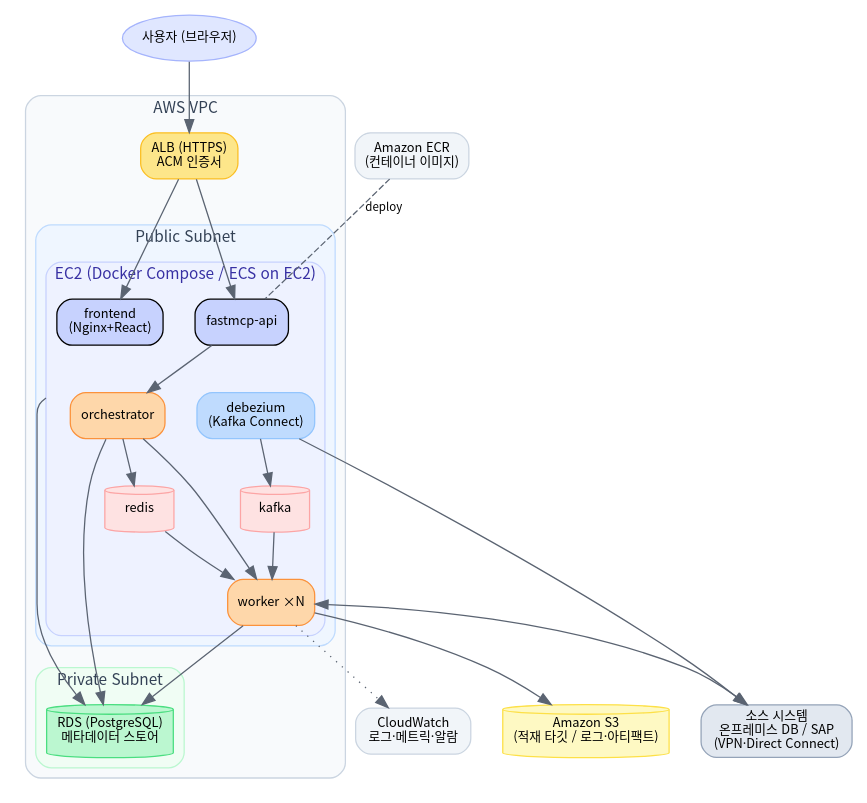
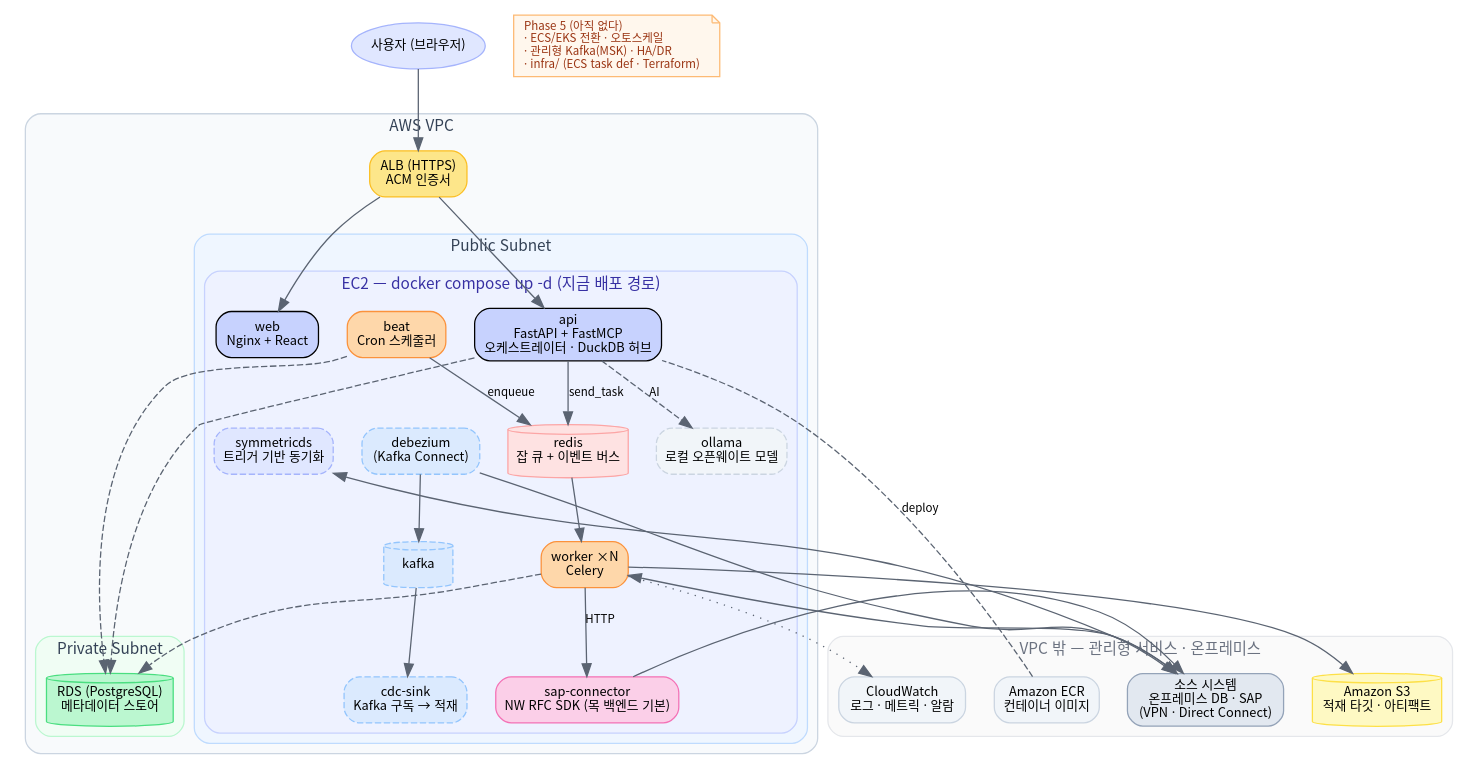
Before and after one commit to SurvivorsStudio/ditter: the diagram in docs/diagrams/d4_aws.dot, drawn with Graphviz. The commit also changed 12 other files, not shown here.

```diff
--- a/docs/diagrams/d4_aws.dot
+++ b/docs/diagrams/d4_aws.dot
@@ -1,47 +1,92 @@
+// AWS 배포 — **지금 있는 경로**와 **Phase 5 로 미뤄 둔 것**을 갈라 그린다.
+//
+// 지금 배포 경로는 루트 docker-compose.yml 하나다. `infra/`(ECS task def · Terraform)는
+// 저장소에 없다 — 예전 그림이 "ECS on EC2"를 적어 두어 있는 것처럼 읽혔다.
+//
+// 컨테이너 목록은 docker-compose.yml 을 따른다. 예전 그림은 `orchestrator` 를 별도
+// 컨테이너로 그렸는데 그런 컨테이너는 없다 — 오케스트레이터는 별도 프로세스가 아니라
+// api·beat 가 같은 코드(services/run_service.py)를 돈다. 빠져 있던 beat · sap-connector ·
+// cdc-sink 도 넣는다.
+//
+// beat 에서 api 로 화살표를 긋지 않는다. beat 는 api 를 부르지 않는다 — 메타DB 에서 cron 을
+// 읽어 Run 을 만들고 Redis 에 직접 넣는다 (eai_worker/scheduler.py, compose 의 beat 는
+// depends_on 도 postgres · redis 뿐이다). 컨테이너 그림의 화살표는 네트워크 호출 주장이다.
+//
+// 프로필로 갈린 것(--profile cdc / sync / ai)은 점선 테두리로 구분한다. 기본 기동에는 뜨지 않는다.
+//
+// 다시 그리기: docs/diagrams/README.md
+
 digraph G {
-  rankdir=TB; bgcolor="white";
-  node [fontname="Noto Sans CJK KR", fontsize=10, shape=box, style="rounded,filled"];
-  edge [fontname="Noto Sans CJK KR", fontsize=9, color="#5b6472"];
-  graph [fontname="Noto Sans CJK KR", fontsize=12, nodesep=0.35, ranksep=0.5, compound=true];
+  rankdir=TB; bgcolor="white"; compound=true; newrank=true;
+  node [fontname="Noto Sans CJK KR,Apple SD Gothic Neo", fontsize=10, shape=box, style="rounded,filled"];
+  edge [fontname="Noto Sans CJK KR,Apple SD Gothic Neo", fontsize=9, color="#5b6472"];
+  graph [fontname="Noto Sans CJK KR,Apple SD Gothic Neo", fontsize=12, nodesep=0.3, ranksep=0.55];
 
   user [label="사용자 (브라우저)", shape=ellipse, fillcolor="#e0e7ff", color="#a5b4fc"];
 
   subgraph cluster_vpc {
-    label="AWS VPC"; style="rounded,filled"; fillcolor="#f8fafc"; color="#cbd5e1"; fontcolor="#334155"; fontname="Noto Sans CJK KR";
+    label="AWS VPC"; style="rounded,filled"; fillcolor="#f8fafc"; color="#cbd5e1"; fontcolor="#334155"; fontname="Noto Sans CJK KR,Apple SD Gothic Neo";
 
     alb [label="ALB (HTTPS)\nACM 인증서", fillcolor="#fde68a", color="#fbbf24"];
 
     subgraph cluster_pub {
-      label="Public Subnet"; style="rounded,filled"; fillcolor="#eff6ff"; color="#bfdbfe"; fontname="Noto Sans CJK KR";
+      label="Public Subnet"; style="rounded,filled"; fillcolor="#eff6ff"; color="#bfdbfe"; fontname="Noto Sans CJK KR,Apple SD Gothic Neo";
 
       subgraph cluster_ec2 {
-        label="EC2 (Docker Compose / ECS on EC2)"; style="rounded,filled"; fillcolor="#eef2ff"; color="#c7d2fe"; fontcolor="#3730a3"; fontname="Noto Sans CJK KR";
-        c_fe [label="frontend\n(Nginx+React)", fillcolor="#c7d2fe"];
-        c_api [label="fastmcp-api", fillcolor="#c7d2fe"];
-        c_orch [label="orchestrator", fillcolor="#fed7aa", color="#fb923c"];
-        c_wk [label="worker ×N", fillcolor="#fed7aa", color="#fb923c"];
-        c_dbz [label="debezium\n(Kafka Connect)", fillcolor="#bfdbfe", color="#93c5fd"];
-        c_redis [label="redis", shape=cylinder, fillcolor="#fee2e2", color="#fca5a5"];
-        c_kafka [label="kafka", shape=cylinder, fillcolor="#fee2e2", color="#fca5a5"];
+        label="EC2 — docker compose up -d (지금 배포 경로)"; style="rounded,filled"; fillcolor="#eef2ff"; color="#c7d2fe"; fontcolor="#3730a3"; fontname="Noto Sans CJK KR,Apple SD Gothic Neo";
+        c_web  [label="web\nNginx + React", fillcolor="#c7d2fe"];
+        c_api  [label="api\nFastAPI + FastMCP\n오케스트레이터 · DuckDB 허브", fillcolor="#c7d2fe"];
+        c_beat [label="beat\nCron 스케줄러", fillcolor="#fed7aa", color="#fb923c"];
+        c_wk   [label="worker ×N\nCelery", fillcolor="#fed7aa", color="#fb923c"];
+        c_sap  [label="sap-connector\nNW RFC SDK (목 백엔드 기본)", fillcolor="#fbcfe8", color="#f472b6"];
+        c_redis[label="redis\n잡 큐 + 이벤트 버스", shape=cylinder, fillcolor="#fee2e2", color="#fca5a5"];
+
+        c_dbz  [label="debezium\n(Kafka Connect)", fillcolor="#dbeafe", color="#93c5fd", style="rounded,filled,dashed"];
+        c_kafka[label="kafka", shape=cylinder, fillcolor="#dbeafe", color="#93c5fd", style="filled,dashed"];
+        c_sink [label="cdc-sink\nKafka 구독 → 적재", fillcolor="#dbeafe", color="#93c5fd", style="rounded,filled,dashed"];
+        c_sym  [label="symmetricds\n트리거 기반 동기화", fillcolor="#e0e7ff", color="#a5b4fc", style="rounded,filled,dashed"];
+        c_ol   [label="ollama\n로컬 오픈웨이트 모델", fillcolor="#f1f5f9", color="#cbd5e1", style="rounded,filled,dashed"];
       }
     }
 
     subgraph cluster_priv {
-      label="Private Subnet"; style="rounded,filled"; fillcolor="#f0fdf4"; color="#bbf7d0"; fontname="Noto Sans CJK KR";
+      label="Private Subnet"; style="rounded,filled"; fillcolor="#f0fdf4"; color="#bbf7d0"; fontname="Noto Sans CJK KR,Apple SD Gothic Neo";
       rds [label="RDS (PostgreSQL)\n메타데이터 스토어", shape=cylinder, fillcolor="#bbf7d0", color="#4ade80"];
     }
   }
 
-  s3 [label="Amazon S3\n(적재 타깃 / 로그·아티팩트)", shape=cylinder, fillcolor="#fef9c3", color="#fde047"];
-   src [label="소스 시스템\n온프레미스 DB / SAP\n(VPN·Direct Connect)", fillcolor="#e2e8f0", color="#94a3b8"];
-  ecr [label="Amazon ECR\n(컨테이너 이미지)", fillcolor="#f1f5f9", color="#cbd5e1"];
-  cw [label="CloudWatch\n로그·메트릭·알람", fillcolor="#f1f5f9", color="#cbd5e1"];
+  subgraph cluster_ext {
+    label="VPC 밖 — 관리형 서비스 · 온프레미스"; style="rounded,filled"; fillcolor="#fafafa"; color="#e5e7eb"; fontcolor="#6b7280"; fontname="Noto Sans CJK KR,Apple SD Gothic Neo";
+    s3  [label="Amazon S3\n적재 타깃 · 아티팩트", shape=cylinder, fillcolor="#fef9c3", color="#fde047"];
+    src [label="소스 시스템\n온프레미스 DB · SAP\n(VPN · Direct Connect)", fillcolor="#e2e8f0", color="#94a3b8"];
+    ecr [label="Amazon ECR\n컨테이너 이미지", fillcolor="#f1f5f9", color="#cbd5e1"];
+    cw  [label="CloudWatch\n로그 · 메트릭 · 알람", fillcolor="#f1f5f9", color="#cbd5e1"];
+    { rank=same; s3; src; ecr; cw; }
+  }
 
-  user -> alb -> c_fe; alb -> c_api;
-  c_api -> c_orch -> c_redis; c_orch -> c_wk; c_redis -> c_wk;
-  c_dbz -> c_kafka -> c_wk;
-  c_api -> rds [ltail=cluster_ec2]; c_orch -> rds; c_wk -> rds;
-  c_wk -> s3; c_wk -> src [dir=both]; c_dbz -> src;
-  ecr -> c_api [style=dashed, arrowhead=none, label="deploy"];
-  c_wk -> cw [style=dotted];
+  phase5 [shape=note, style=filled, fillcolor="#fff7ed", color="#fdba74", fontcolor="#9a3412", fontsize=9,
+          label="Phase 5 (아직 없다)\l · ECS/EKS 전환 · 오토스케일\l · 관리형 Kafka(MSK) · HA/DR\l · infra/ (ECS task def · Terraform)\l"];
+
+  // 행을 못박아 높이를 묶는다. 안 그러면 의존 사슬 길이만큼 세로로 늘어난다.
+  { rank=same; c_web; c_api; c_beat; }
+  { rank=same; c_redis; c_dbz; c_sym; c_ol; }
+  { rank=same; c_wk; c_kafka; }
+  { rank=same; c_sap; c_sink; }
+
+  user -> alb;
+  alb -> c_web; alb -> c_api;
+  c_api -> c_redis [label="send_task"];
+  c_beat -> c_redis [label="enqueue"];
+  c_redis -> c_wk;
+  c_wk -> c_sap [label="HTTP"];
+  c_dbz -> c_kafka -> c_sink;
+  c_api -> c_ol [style=dashed, label="AI"];
+
+  c_api -> rds [style=dashed]; c_wk -> rds [style=dashed]; c_beat -> rds [style=dashed];
+  c_wk -> s3;
+  c_wk -> src [dir=both, constraint=false]; c_sap -> src [constraint=false];
+  c_dbz -> src [constraint=false]; c_sym -> src [dir=both, constraint=false];
+
+  ecr -> c_api [style=dashed, arrowhead=none, label="deploy", constraint=false];
+  c_wk -> cw [style=dotted, constraint=false];
 }
```
